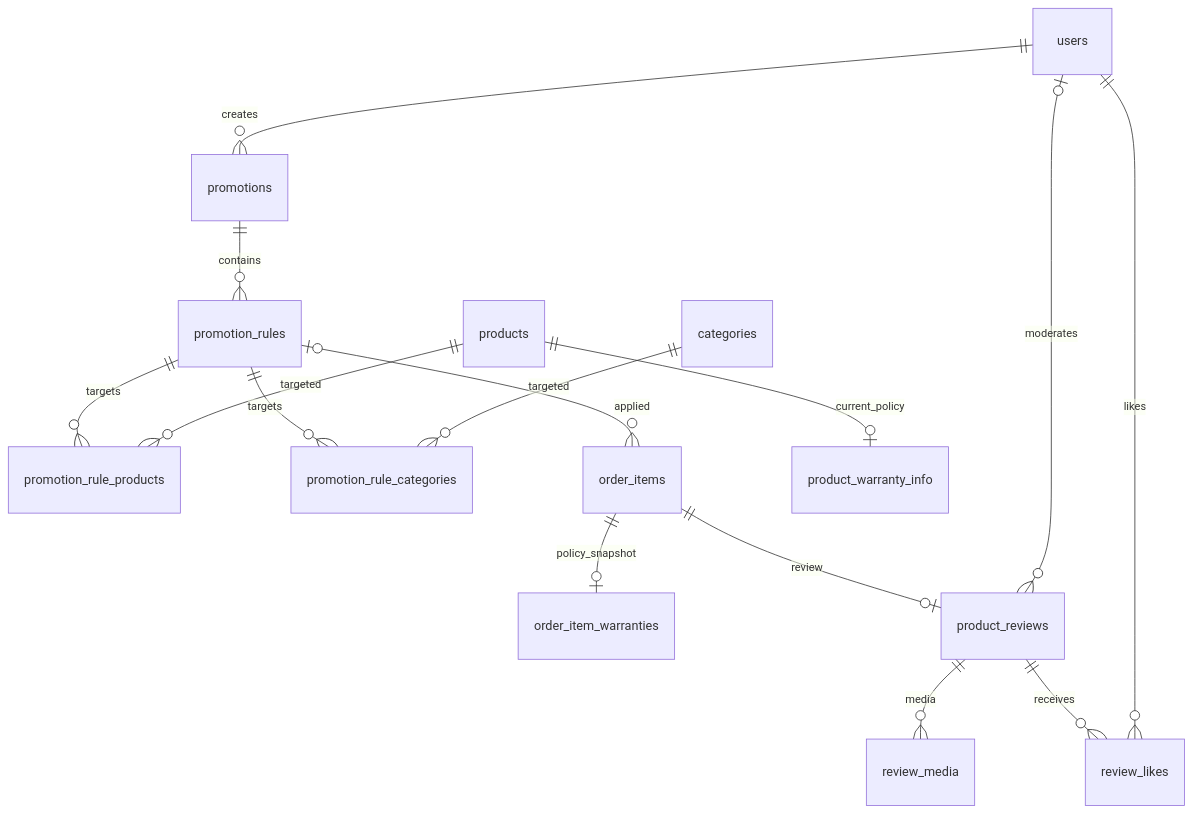
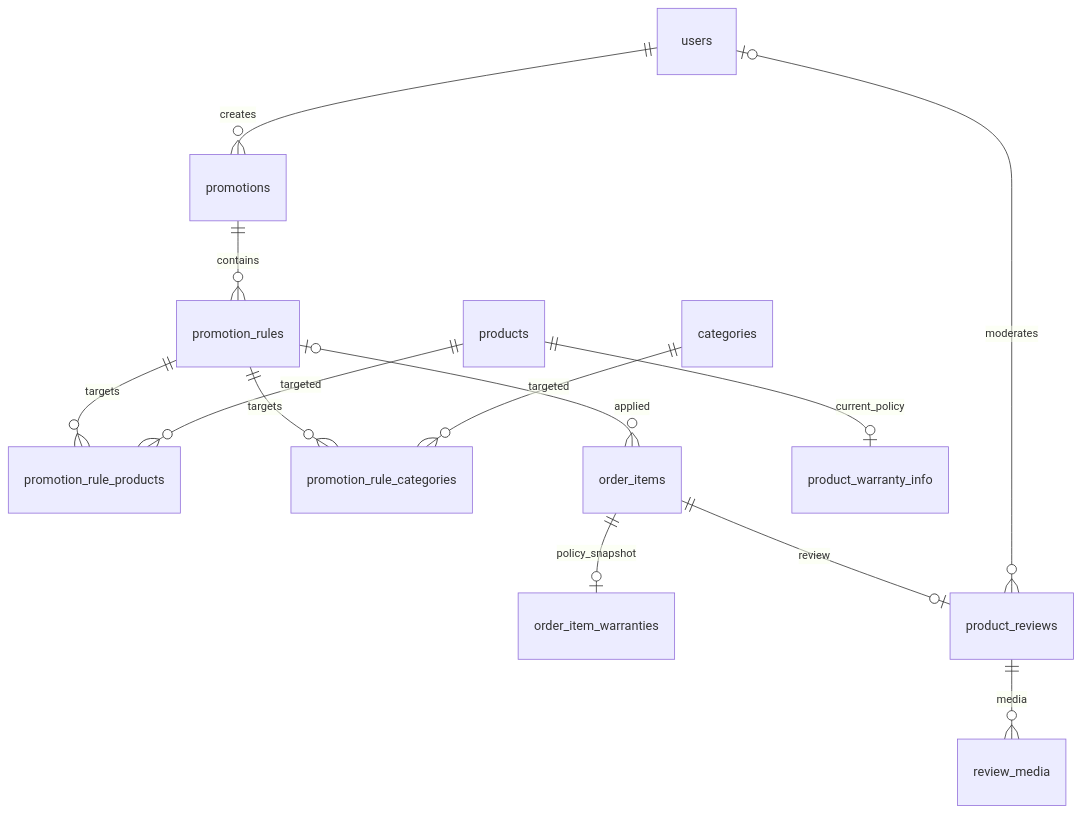
One commit to hoangchuong1711/PC_STORE changed the fifth of 5 diagrams in docs/data-model.md. Above: the diagram before and after it, drawn with Mermaid. The commit also changed other lines of this file and 92 other files, not shown here.

````diff
--- a/docs/data-model.md
+++ b/docs/data-model.md
@@ -114,17 +113,15 @@
 ```mermaid
 erDiagram
     users ||--o{ promotions : creates
     promotions ||--o{ promotion_rules : contains
     promotion_rules ||--o{ promotion_rule_products : targets
     products ||--o{ promotion_rule_products : targeted
     promotion_rules ||--o{ promotion_rule_categories : targets
     categories ||--o{ promotion_rule_categories : targeted
     promotion_rules o|--o{ order_items : applied
     products ||--o| product_warranty_info : current_policy
     order_items ||--o| order_item_warranties : policy_snapshot
     order_items ||--o| product_reviews : review
     users o|--o{ product_reviews : moderates
     product_reviews ||--o{ review_media : media
-    product_reviews ||--o{ review_likes : receives
-    users ||--o{ review_likes : likes
 ```
````
